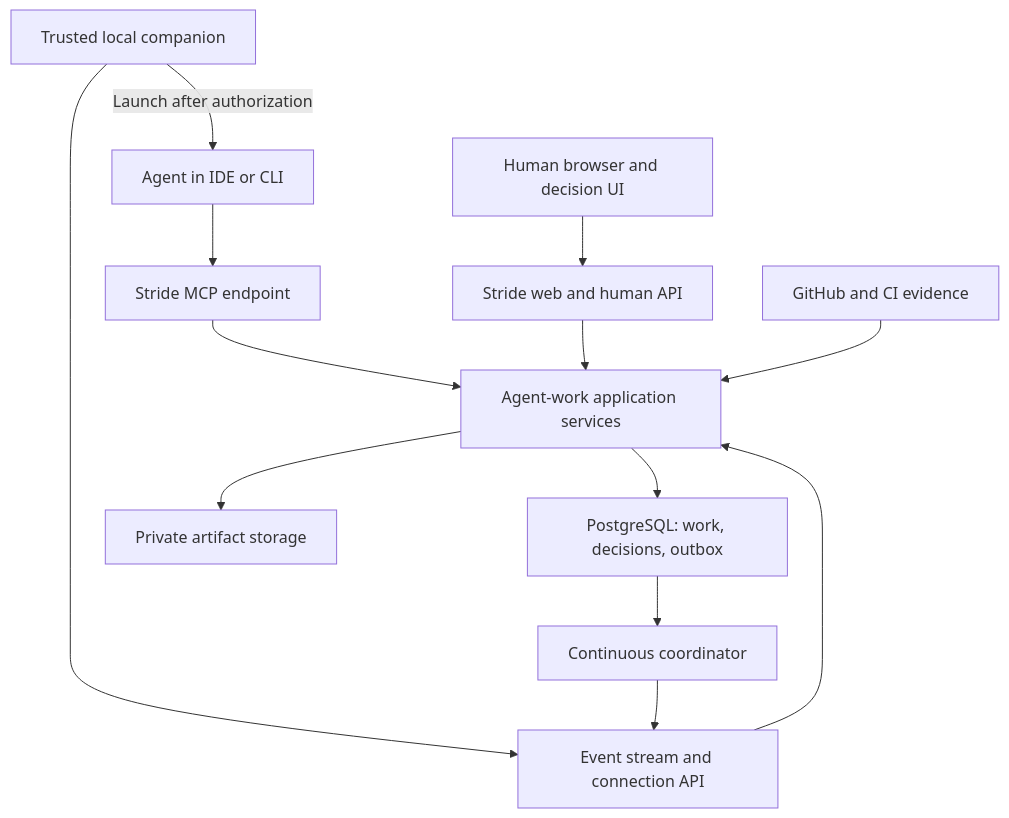
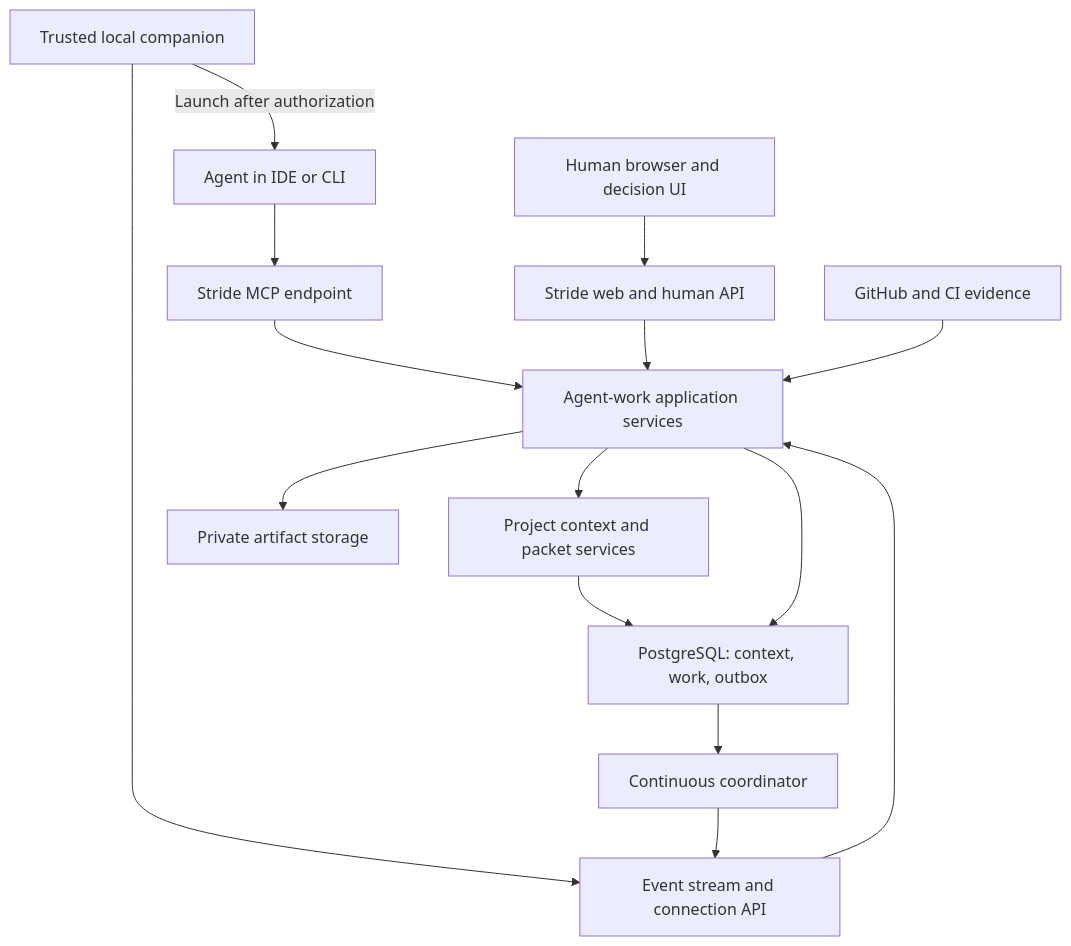
The diagram in docs/agent-workforce/ARCHITECTURE.md (ayee-prashant/stride), drawn with Mermaid before and after one commit. The commit also changed other lines of this file and 14 other files, not shown here.

Commit message:
Make shared project context foundational and update MCP baseline

````diff
--- a/docs/agent-workforce/ARCHITECTURE.md
+++ b/docs/agent-workforce/ARCHITECTURE.md
@@ -7,15 +7,17 @@
 ```mermaid
 flowchart TD
     H["Human browser and decision UI"] --> W["Stride web and human API"]
     A["Agent in IDE or CLI"] --> M["Stride MCP endpoint"]
     C["Trusted local companion"] --> E["Event stream and connection API"]
     M --> S["Agent-work application services"]
     W --> S
     E --> S
-    S --> D["PostgreSQL: work, decisions, outbox"]
+    S --> K["Project context and packet services"]
+    K --> D["PostgreSQL: context, work, outbox"]
+    S --> D
     S --> O["Private artifact storage"]
     D --> J["Continuous coordinator"]
     J --> E
     C -->|"Launch after authorization"| A
     G["GitHub and CI evidence"] --> S
 ```
````
